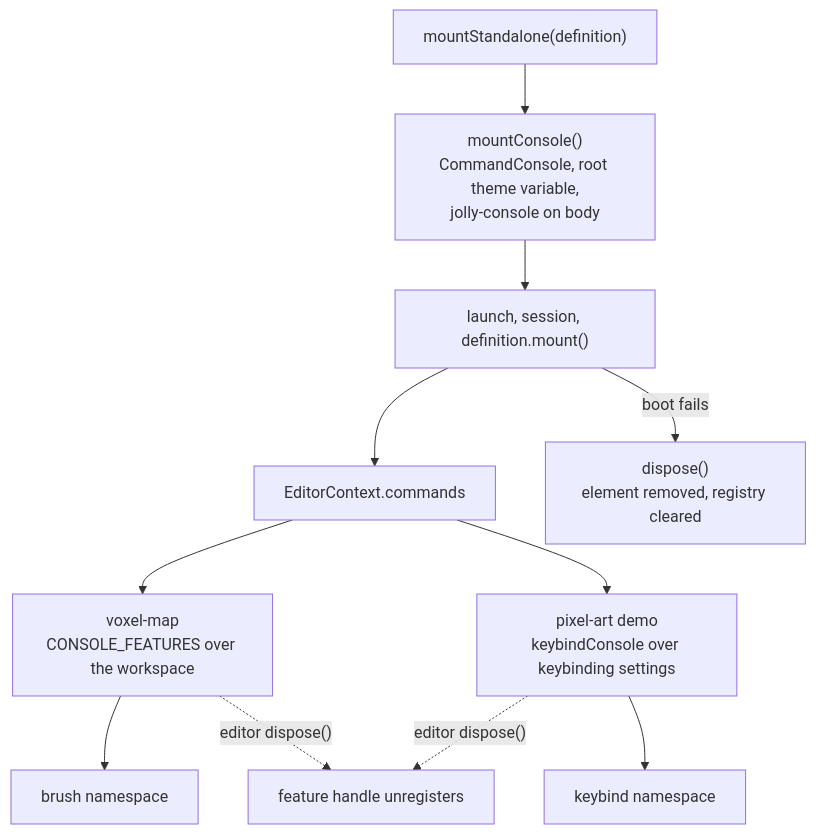
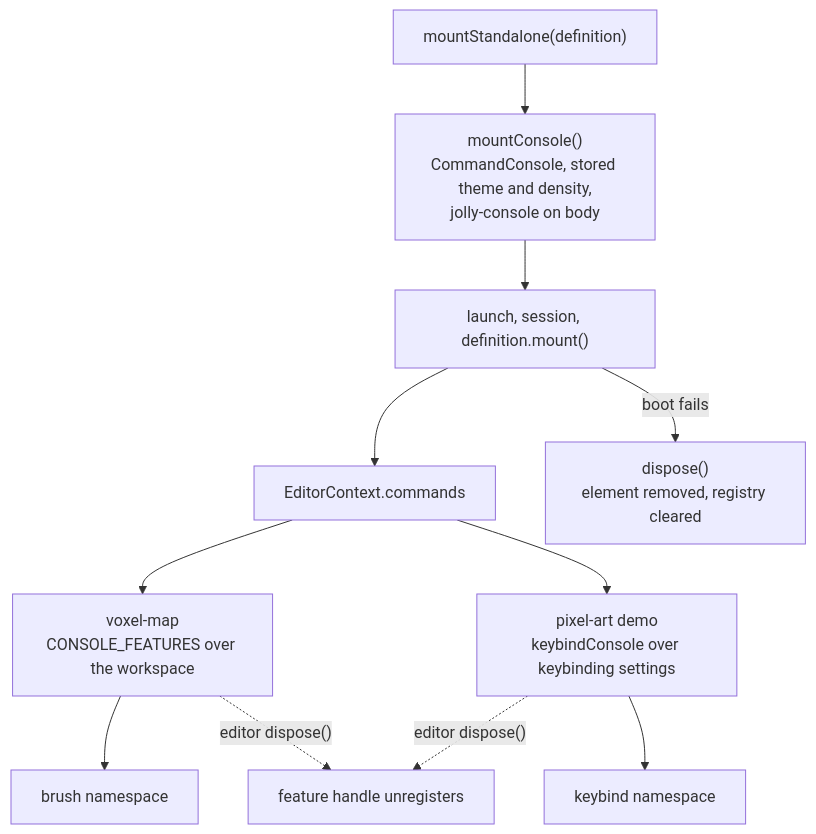
One commit to JollyPixel/editor changed the sixth of 6 diagrams in packages/console/ARCHITECTURE.md. Above: the diagram before and after it, drawn with Mermaid. The commit also changed 5 other files, not shown here.

````diff
--- a/packages/console/ARCHITECTURE.md
+++ b/packages/console/ARCHITECTURE.md
@@ -145,13 +145,13 @@
 ```mermaid
 flowchart TB
-    Standalone["mountStandalone(definition)"] --> Mount["mountConsole()<br/>CommandConsole, root theme variable,<br/>jolly-console on body"]
+    Standalone["mountStandalone(definition)"] --> Mount["mountConsole()<br/>CommandConsole, stored theme and density,<br/>jolly-console on body"]
     Mount --> Boot["launch, session, definition.mount()"]
     Boot --> Context["EditorContext.commands"]
     Boot -->|"boot fails"| Dispose["dispose()<br/>element removed, registry cleared"]
     Context --> VoxelMap["voxel-map<br/>CONSOLE_FEATURES over the workspace"]
     Context --> PixelArt["pixel-art demo<br/>keybindConsole over keybinding settings"]
     VoxelMap --> Brush["brush namespace"]
     PixelArt --> Keybind["keybind namespace"]
     VoxelMap -. "editor dispose()" .-> Release["feature handle unregisters"]
     PixelArt -. "editor dispose()" .-> Release
 ```
````
